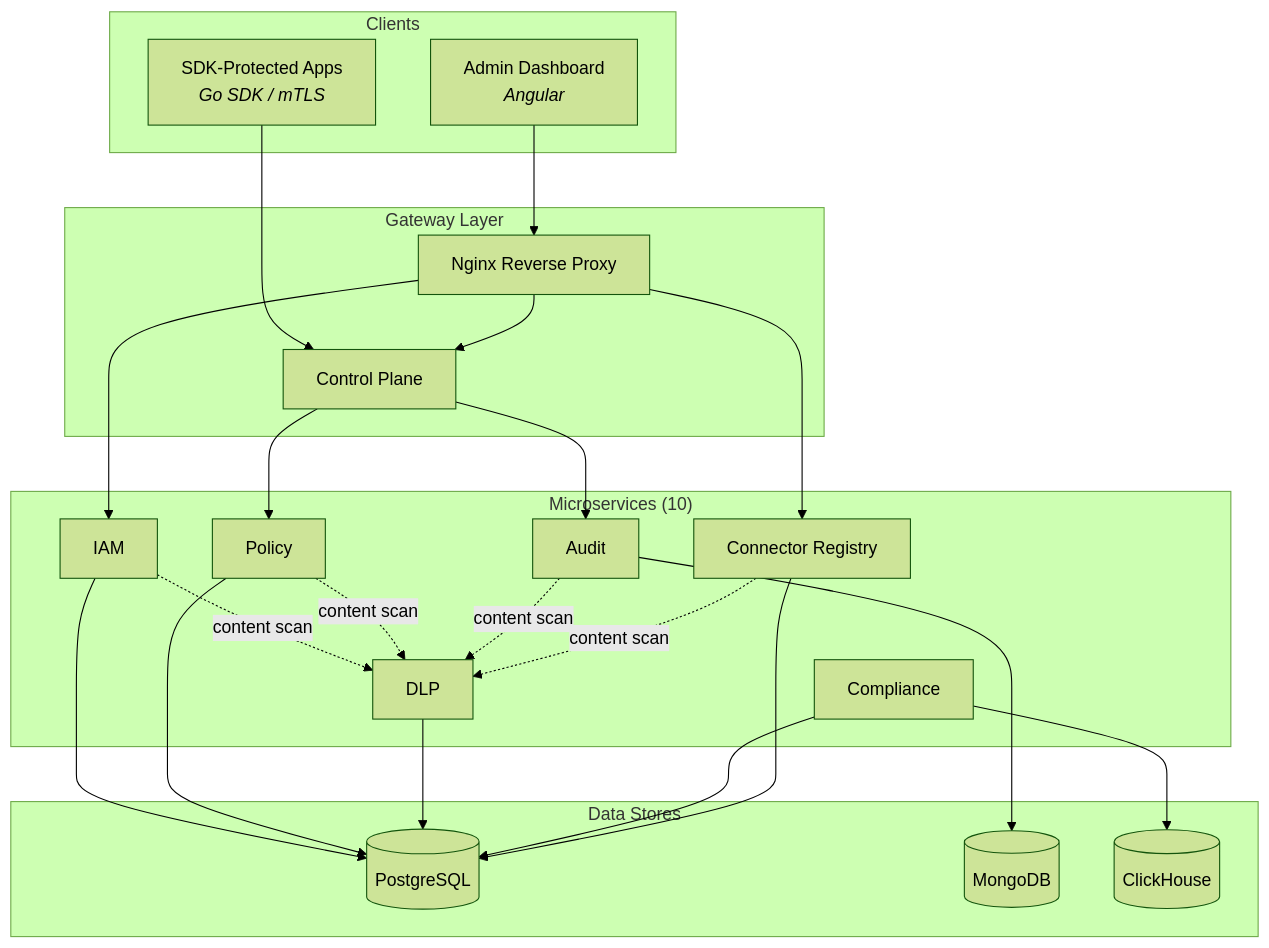
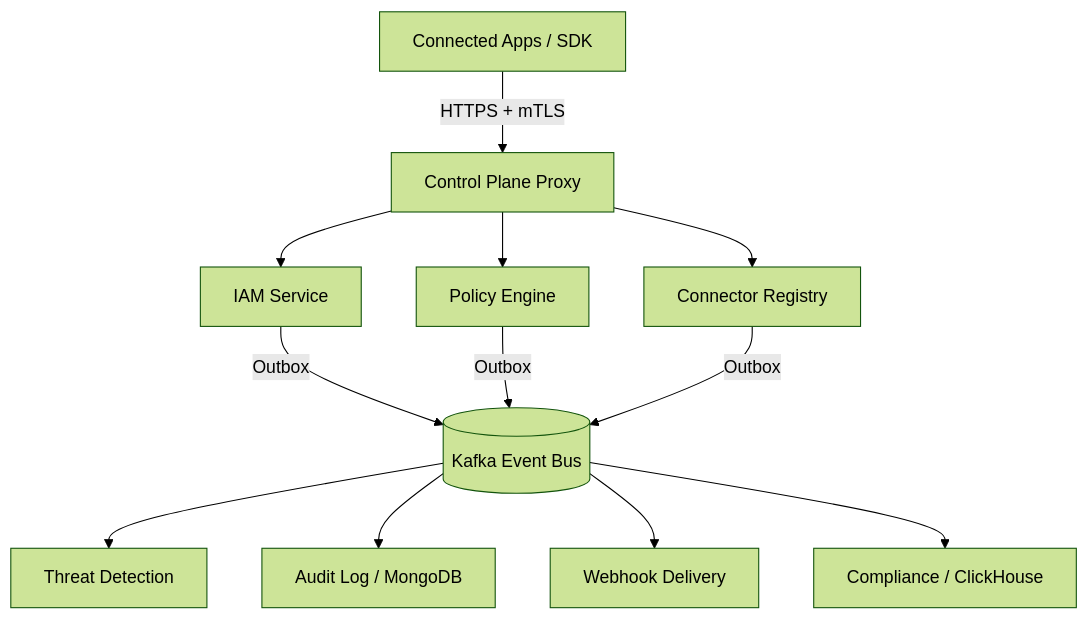
Before and after one commit to EganNguyen/Open-Guard: the diagram in README.md, drawn with Mermaid (forest theme). The commit also changed other lines of this file, not shown here.

````diff
--- a/README.md
+++ b/README.md
@@ -70,49 +66,14 @@
 ```mermaid
-graph TB
-    subgraph Clients["Clients"]
-        DA[Admin Dashboard<br/><i>Angular</i>]
-        SDK[SDK-Protected Apps<br/><i>Go SDK / mTLS</i>]
-    end
-
-    subgraph Gateway["Gateway Layer"]
-        NX[Nginx Reverse Proxy]
-        CP[Control Plane]
-    end
-
-    subgraph Services["Microservices (10)"]
-        IAM[IAM]
-        PE[Policy]
-        DLP[DLP]
-        AU[Audit]
-        CM[Compliance]
-        CR[Connector Registry]
-    end
-
-    subgraph Data["Data Stores"]
-        PG[("PostgreSQL")]
-        MG[("MongoDB")]
-        CH[("ClickHouse")]
-    end
-
-    DA --> NX
-    SDK --> CP
-
-    NX --> IAM
-    NX --> CP
-    CP --> PE
-    CP --> AU
-    NX --> CR
-
-    IAM --> PG
-    PE --> PG
-    DLP --> PG
-    CM --> PG
-    CM --> CH
-    CR --> PG
-    AU --> MG
-
-    IAM -.->|content scan| DLP
-    PE -.->|content scan| DLP
-    AU -.->|content scan| DLP
-    CR -.->|content scan| DLP
+graph TD
+    App[Connected Apps / SDK] -->|HTTPS + mTLS| CP[Control Plane Proxy]
+    CP --> IAM[IAM Service]
+    CP --> PE[Policy Engine]
+    CP --> CR[Connector Registry]
+    
+    IAM & PE & CR -->|Outbox| Kafka[(Kafka Event Bus)]
+    
+    Kafka --> TD[Threat Detection]
+    Kafka --> AL[Audit Log / MongoDB]
+    Kafka --> WD[Webhook Delivery]
+    Kafka --> COMP[Compliance / ClickHouse]
 ```
````
